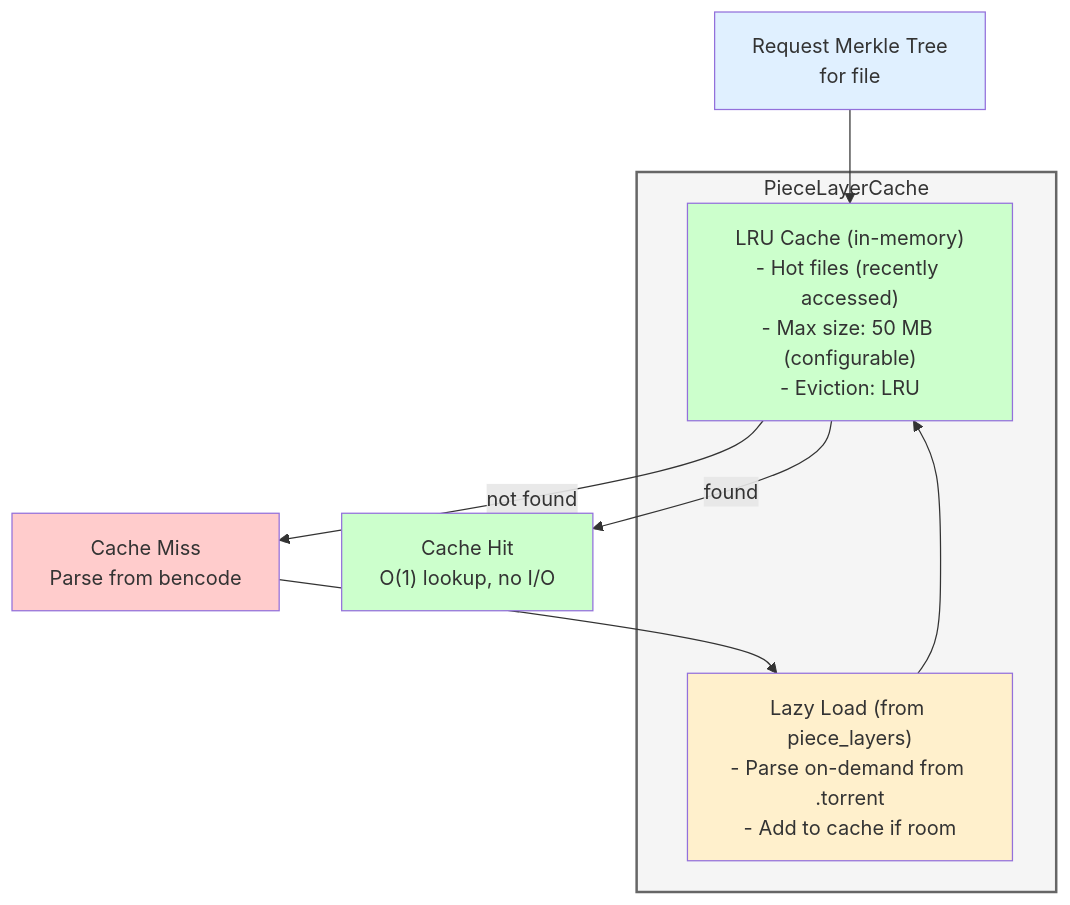
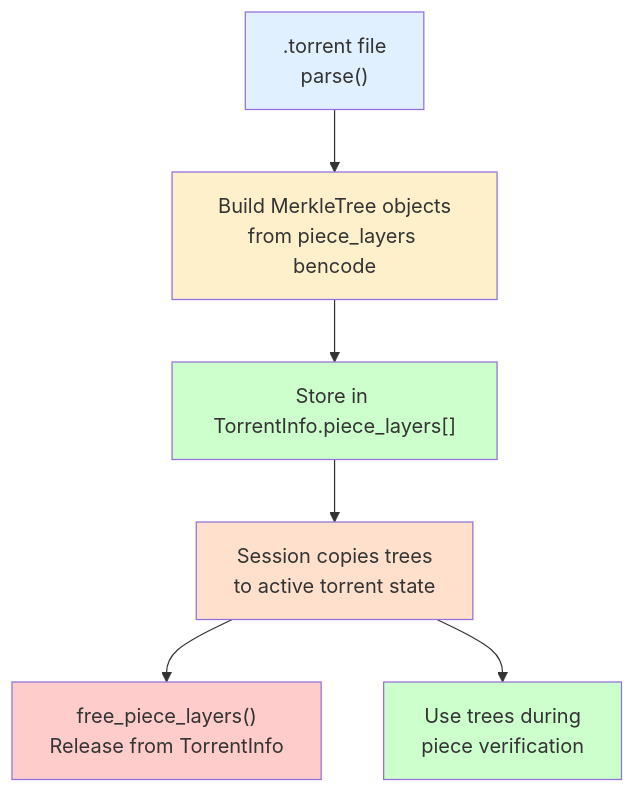
Before and after one commit to tristanperalta/libtorrent-c3: the fourth of 4 diagrams in BEP52_IMPLEMENTATION.md, drawn with Mermaid. The commit also changed other lines of this file and 3 other files, not shown here.

First line of the commit message:
Implement BEP 52: v2 storage verification with Merkle trees

````diff
--- a/BEP52_IMPLEMENTATION.md
+++ b/BEP52_IMPLEMENTATION.md
@@ -272,25 +272,22 @@
 ```mermaid
 flowchart TB
-    Request["Request Merkle Tree<br/>for file"]
+    Parse[".torrent file<br/>parse()"]
+    Build["Build MerkleTree objects<br/>from piece_layers bencode"]
+    Store["Store in TorrentInfo.piece_layers[]"]
+    Copy["Session copies trees<br/>to active torrent state"]
+    Free["free_piece_layers()<br/>Release from TorrentInfo"]
+    Use["Use trees during<br/>piece verification"]
 
-    subgraph Cache["PieceLayerCache"]
-        LRU["LRU Cache (in-memory)<br/>- Hot files (recently accessed)<br/>- Max size: 50 MB (configurable)<br/>- Eviction: LRU"]
-        LazyLoad["Lazy Load (from piece_layers)<br/>- Parse on-demand from .torrent<br/>- Add to cache if room"]
-    end
+    Parse --> Build
+    Build --> Store
+    Store --> Copy
+    Copy --> Free
+    Copy --> Use
 
-    Hit["Cache Hit<br/>O(1) lookup, no I/O"]
-    Miss["Cache Miss<br/>Parse from bencode"]
-
-    Request --> LRU
-    LRU -->|"found"| Hit
-    LRU -->|"not found"| Miss
-    Miss --> LazyLoad
-    LazyLoad --> LRU
-
-    style Request fill:#e0f0ff
-    style LRU fill:#ccffcc
-    style LazyLoad fill:#fff0cc
-    style Hit fill:#ccffcc
-    style Miss fill:#ffcccc
-    style Cache fill:#f5f5f5,stroke:#666,stroke-width:2px
+    style Parse fill:#e0f0ff
+    style Build fill:#fff0cc
+    style Store fill:#ccffcc
+    style Copy fill:#ffe0cc
+    style Free fill:#ffcccc
+    style Use fill:#ccffcc
 ```
````
